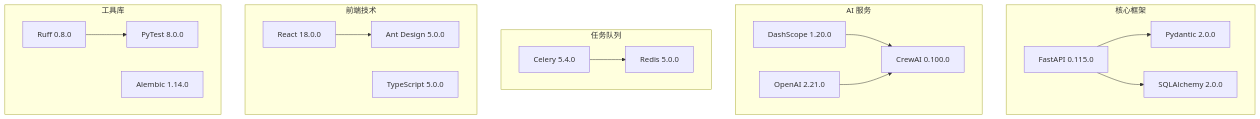
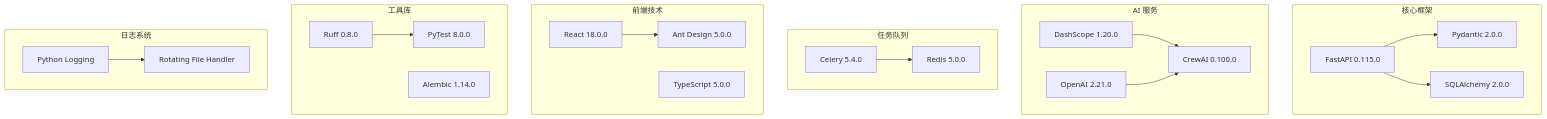
Before and after one commit to xfbyxq/ai-novel-system: the ninth of 9 diagrams in .qoder/repowiki/zh/content/Novel Crew Manager.md, drawn with Mermaid. The commit also changed other lines of this file and 10 other files, not shown here.

````diff
--- a/.qoder/repowiki/zh/content/Novel Crew Manager.md
+++ b/.qoder/repowiki/zh/content/Novel Crew Manager.md
@@ -268,34 +383,39 @@
 ```mermaid
 graph TB
 subgraph "核心框架"
 FASTAPI[FastAPI 0.115.0]
 PYDANTIC[Pydantic 2.0.0]
 SQLALCHEMY[SQLAlchemy 2.0.0]
 end
 subgraph "AI 服务"
 DASHSCOPE[DashScope 1.20.0]
 CREWAI[CrewAI 0.100.0]
 OPENAI[OpenAI 2.21.0]
 end
 subgraph "任务队列"
 CELERY[Celery 5.4.0]
 REDIS[Redis 5.0.0]
 end
 subgraph "前端技术"
 REACT[React 18.0.0]
 ANTD[Ant Design 5.0.0]
 TS[TypeScript 5.0.0]
 end
 subgraph "工具库"
 RUFF[Ruff 0.8.0]
 PYTEST[PyTest 8.0.0]
 ALEMBIC[Alembic 1.14.0]
 end
+subgraph "日志系统"
+LOGGING[Python Logging]
+ROTATING[Rotating File Handler]
+end
 FASTAPI --> PYDANTIC
 FASTAPI --> SQLALCHEMY
 DASHSCOPE --> CREWAI
 OPENAI --> CREWAI
 CELERY --> REDIS
 REACT --> ANTD
 RUFF --> PYTEST
+LOGGING --> ROTATING
 ```
````
